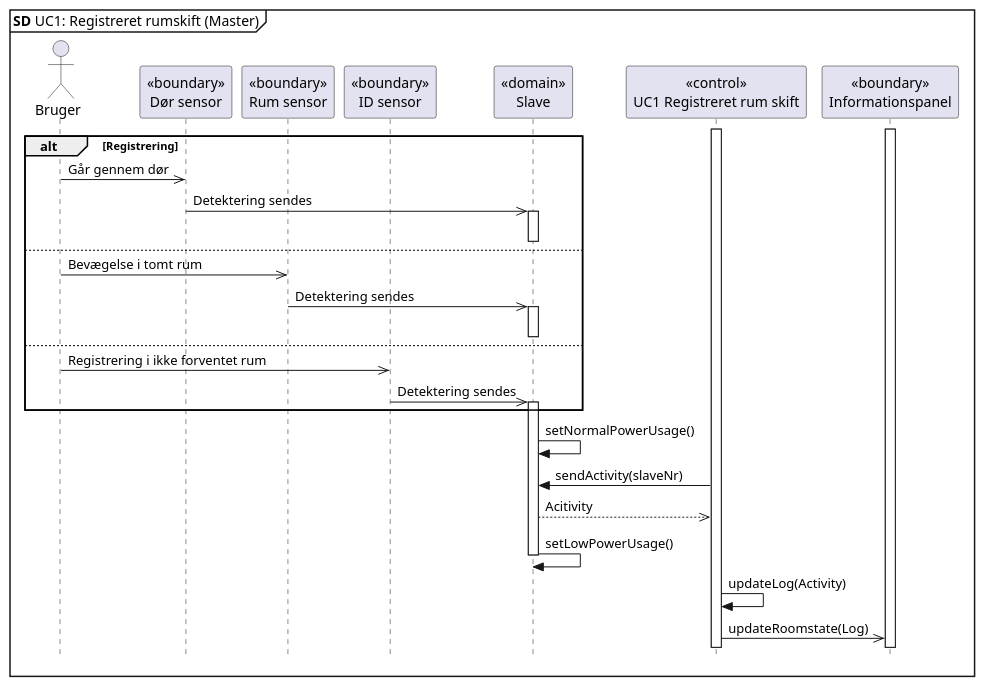
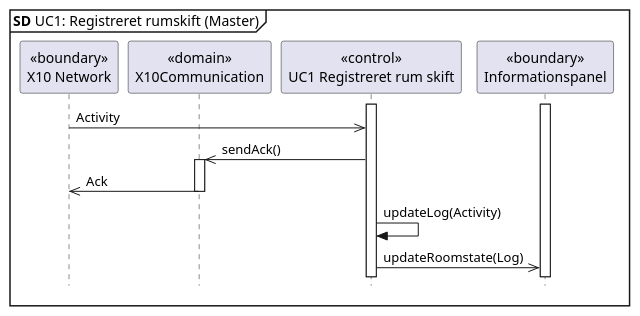
One commit to Tukkel/Projekt_2 changed the diagram in SysML/Software Arkitektur-Design/UC1 AM/UC1 SD Master.puml. Above: the diagram before and after it, drawn with PlantUML. The commit also changed 1 other file, not shown here.

```diff
--- a/SysML/Software Arkitektur-Design/UC1 AM/UC1 SD Master.puml
+++ b/SysML/Software Arkitektur-Design/UC1 AM/UC1 SD Master.puml
@@ -1,38 +1,20 @@
 @startuml UC1 SD Master
 skinparam style strictuml
 
 mainframe **SD** UC1: Registreret rumskift (Master)
 
-actor Bruger as bruger
-participant "<<boundary>>\nDør sensor" as dør
-participant "<<boundary>>\nRum sensor" as rum
-participant "<<boundary>>\nID sensor" as ID
-participant "<<domain>>\nSlave" as slave
+participant "<<boundary>>\nX10 Network" as X10Net
+participant "<<domain>>\nX10Communication" as X10
 participant "<<control>>\nUC1 Registreret rum skift" as master
 participant "<<boundary>>\nInformationspanel" as panel
 
 activate master
 activate panel
-alt Registrering
-bruger ->> dør : Går gennem dør
-dør ->> slave : Detektering sendes
-activate slave
-else
-deactivate slave
-bruger ->> rum : Bevægelse i tomt rum
-rum ->> slave : Detektering sendes
-activate slave
-else
-deactivate slave
-bruger ->> ID : Registrering i ikke forventet rum
-ID ->> slave : Detektering sendes
-activate slave
-end
-slave -> slave : setNormalPowerUsage()
-master -> slave : sendActivity(slaveNr)
-slave -->> master : Acitivity
-slave -> slave : setLowPowerUsage()
-deactivate slave
+X10Net ->> master : Activity
+X10 <<- master : sendAck()
+activate X10
+X10Net <<- X10 : Ack
+deactivate X10
 master -> master : updateLog(Activity)
 master ->> panel : updateRoomstate(Log)
 @enduml
```
